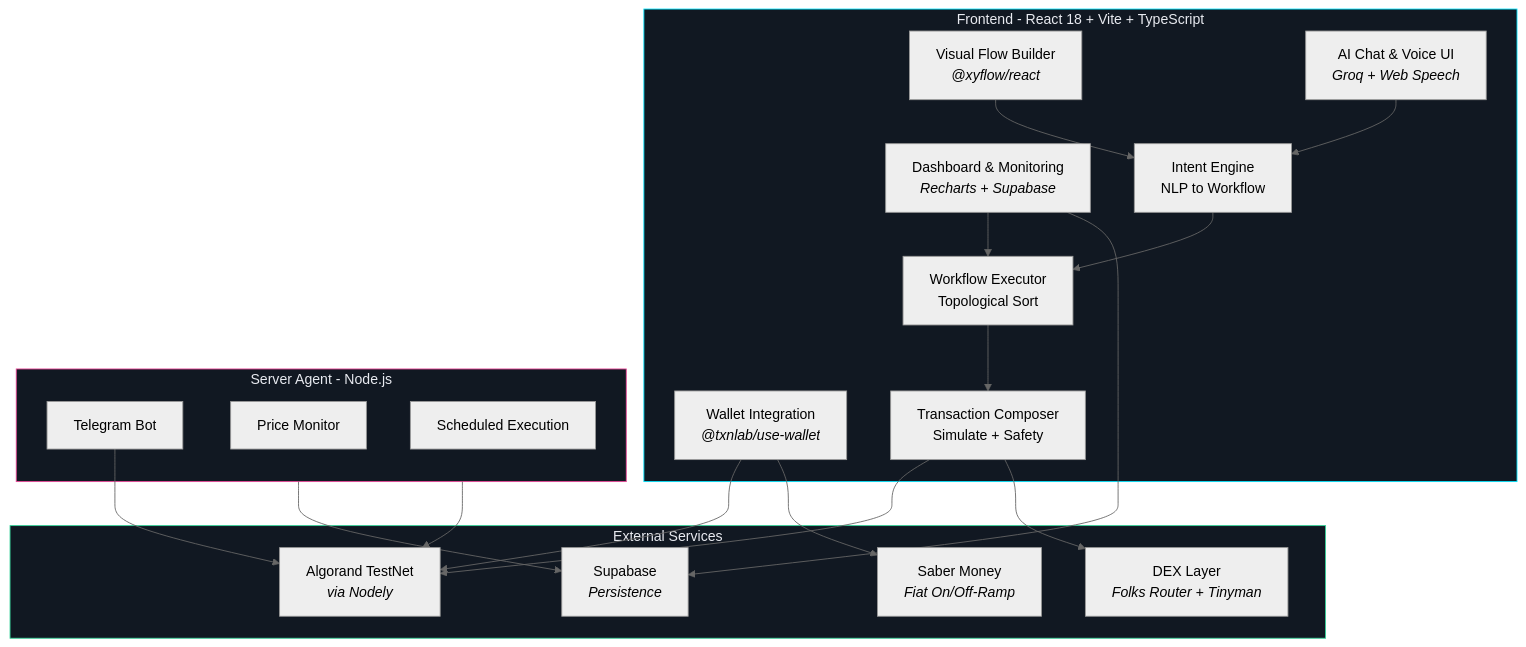
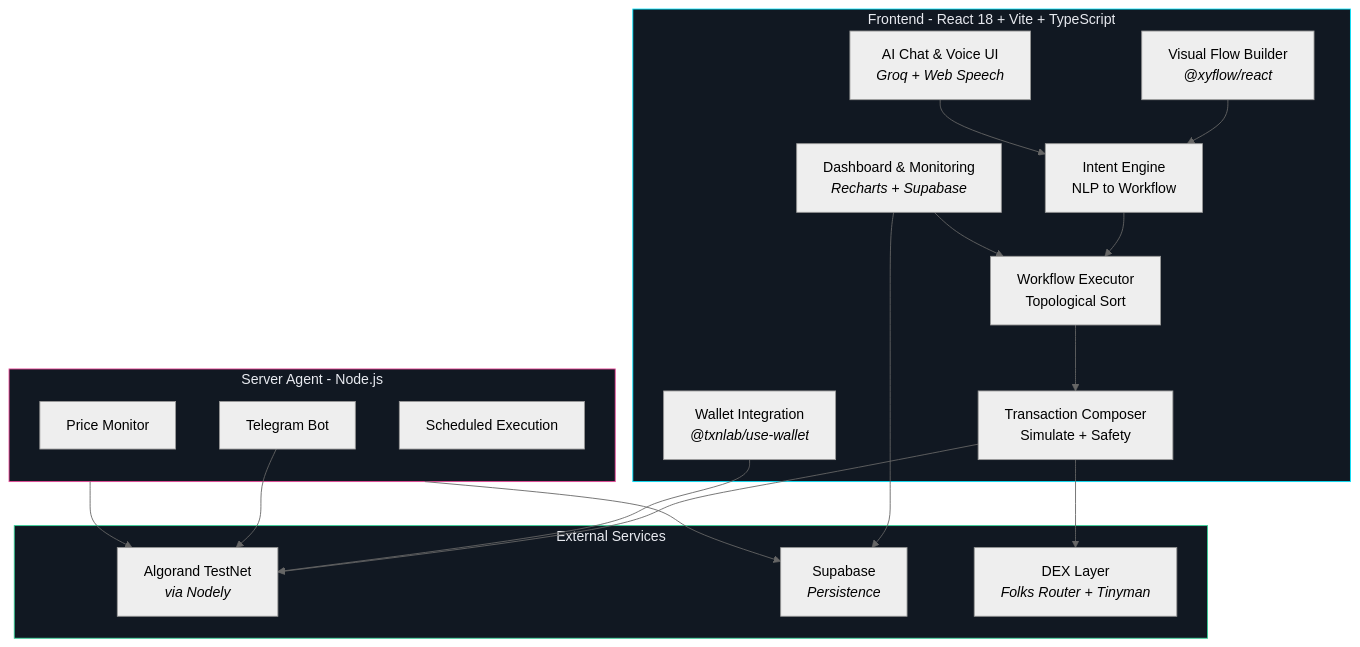
The second of 2 diagrams in README.md (DarshanKrishna-DK/Zuik), drawn with Mermaid (neutral theme) before and after one commit. The commit also changed other lines of this file and 69 other files, not shown here.

````diff
--- a/README.md
+++ b/README.md
@@ -85,45 +86,43 @@
 ```mermaid
 graph TB
     subgraph FRONTEND["Frontend - React 18 + Vite + TypeScript"]
         FB["Visual Flow Builder<br/><i>@xyflow/react</i>"]
         AI["AI Chat & Voice UI<br/><i>Groq + Web Speech</i>"]
         DASH["Dashboard & Monitoring<br/><i>Recharts + Supabase</i>"]
         WALLET["Wallet Integration<br/><i>@txnlab/use-wallet</i>"]
 
         IE["Intent Engine<br/>NLP to Workflow"]
         WE["Workflow Executor<br/>Topological Sort"]
         TC["Transaction Composer<br/>Simulate + Safety"]
 
         FB --> IE
         AI --> IE
         IE --> WE
         WE --> TC
         DASH --> WE
     end
 
     subgraph EXTERNAL["External Services"]
         ALGO["Algorand TestNet<br/><i>via Nodely</i>"]
         SUPA["Supabase<br/><i>Persistence</i>"]
         DEX["DEX Layer<br/><i>Folks Router + Tinyman</i>"]
-        FIAT["Saber Money<br/><i>Fiat On/Off-Ramp</i>"]
     end
 
     subgraph SERVER["Server Agent - Node.js"]
         TBOT["Telegram Bot"]
         PRICE["Price Monitor"]
         SCHED["Scheduled Execution"]
     end
 
     TC --> ALGO
     TC --> DEX
     WALLET --> ALGO
     DASH --> SUPA
-    WALLET --> FIAT
     SERVER --> SUPA
     SERVER --> ALGO
     TBOT --> ALGO
 
     style FRONTEND fill:#111822,stroke:#00e5ff,color:#e8eaf0
     style EXTERNAL fill:#111822,stroke:#34d399,color:#e8eaf0
     style SERVER fill:#111822,stroke:#ec4899,color:#e8eaf0
 ```
````
